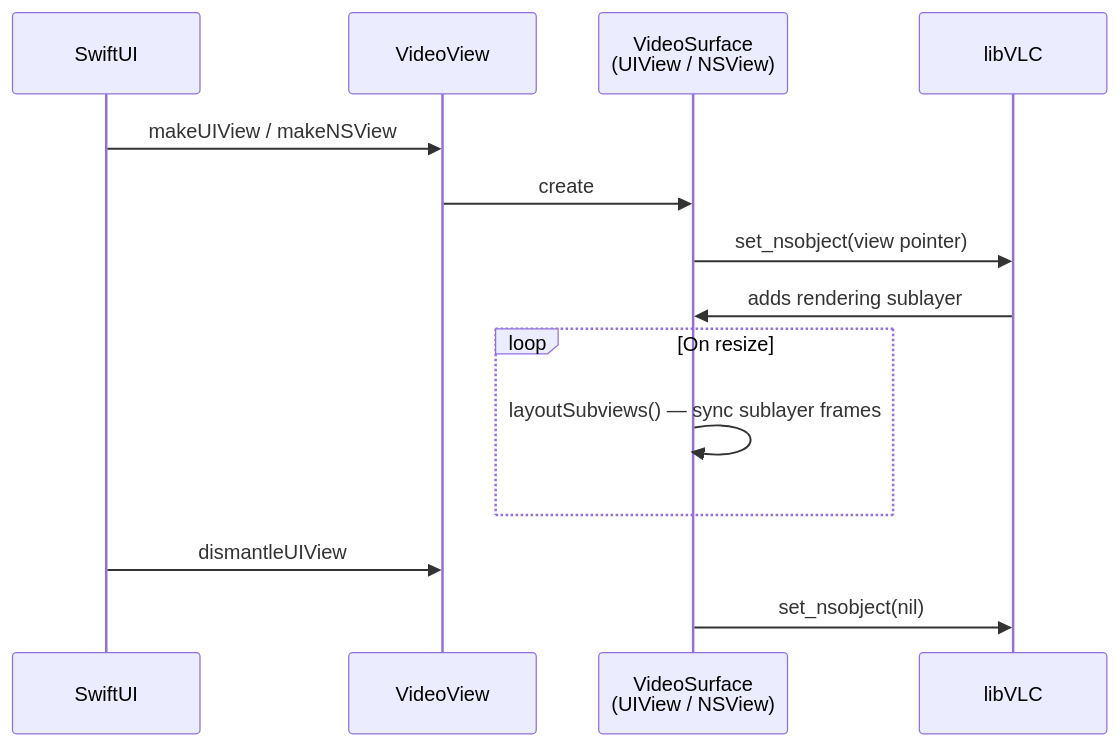
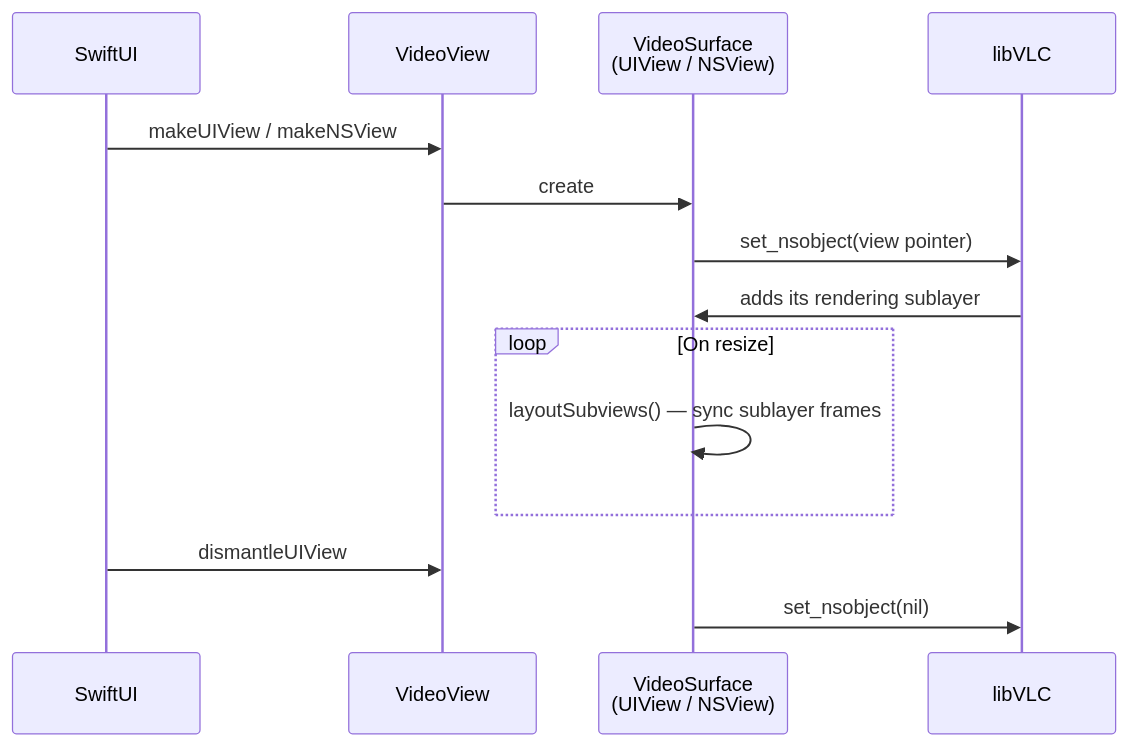
The fifth of 7 diagrams in ARCHITECTURE.md (harflabs/SwiftVLC), drawn with Mermaid before and after one commit. The commit also changed other lines of this file and 1 other file, not shown here.

First line of the commit message:
Rewrite the README and the architecture document

````diff
--- a/ARCHITECTURE.md
+++ b/ARCHITECTURE.md
@@ -511,17 +642,17 @@
 ```mermaid
 sequenceDiagram
     participant SwiftUI
     participant VideoView
     participant VideoSurface as VideoSurface<br/>(UIView / NSView)
     participant libVLC
 
     SwiftUI->>VideoView: makeUIView / makeNSView
     VideoView->>VideoSurface: create
     VideoSurface->>libVLC: set_nsobject(view pointer)
-    libVLC->>VideoSurface: adds rendering sublayer
+    libVLC->>VideoSurface: adds its rendering sublayer
     loop On resize
         VideoSurface->>VideoSurface: layoutSubviews() — sync sublayer frames
     end
     SwiftUI->>VideoView: dismantleUIView
     VideoSurface->>libVLC: set_nsobject(nil)
 ```
````
